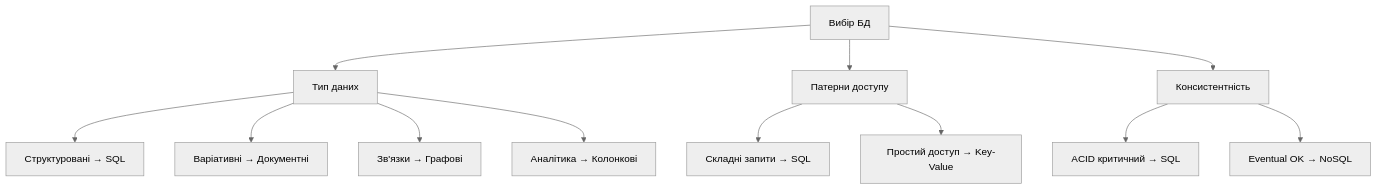
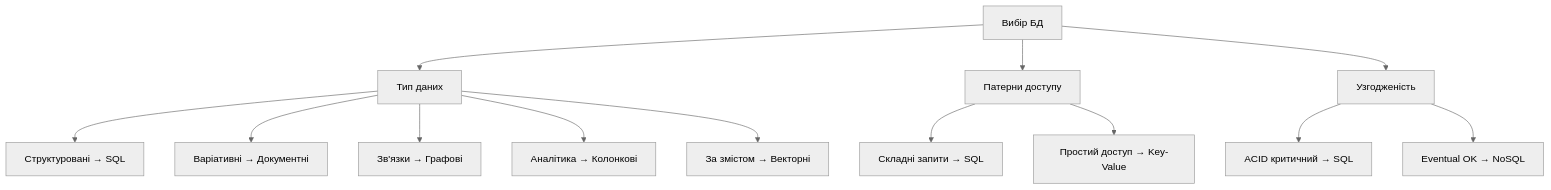
The seventh of 9 diagrams in presentations/presentation-10.md (olroi421/course-opi-v2), drawn with Mermaid (neutral theme) before and after one commit. The commit also changed other lines of this file and 10 other files, not shown here.

````diff
--- a/presentations/presentation-10.md
+++ b/presentations/presentation-10.md
@@ -657,17 +798,18 @@
 ```mermaid
 graph TB
-    A[Вибір БД] --> B[Тип даних]
-    A --> C[Патерни доступу]
-    A --> D[Консистентність]
+    A["Вибір БД"] --> B["Тип даних"]
+    A --> C["Патерни доступу"]
+    A --> D["Узгодженість"]
 
-    B --> E[Структуровані → SQL]
-    B --> F[Варіативні → Документні]
-    B --> G[Зв'язки → Графові]
-    B --> H[Аналітика → Колонкові]
+    B --> E["Структуровані → SQL"]
+    B --> F["Варіативні → Документні"]
+    B --> G["Зв'язки → Графові"]
+    B --> H["Аналітика → Колонкові"]
+    B --> V["За змістом → Векторні"]
 
-    C --> I[Складні запити → SQL]
-    C --> J[Простий доступ → Key-Value]
+    C --> I["Складні запити → SQL"]
+    C --> J["Простий доступ → Key-Value"]
 
-    D --> K[ACID критичний → SQL]
-    D --> L[Eventual OK → NoSQL]
+    D --> K["ACID критичний → SQL"]
+    D --> L["Eventual OK → NoSQL"]
 ```
````
